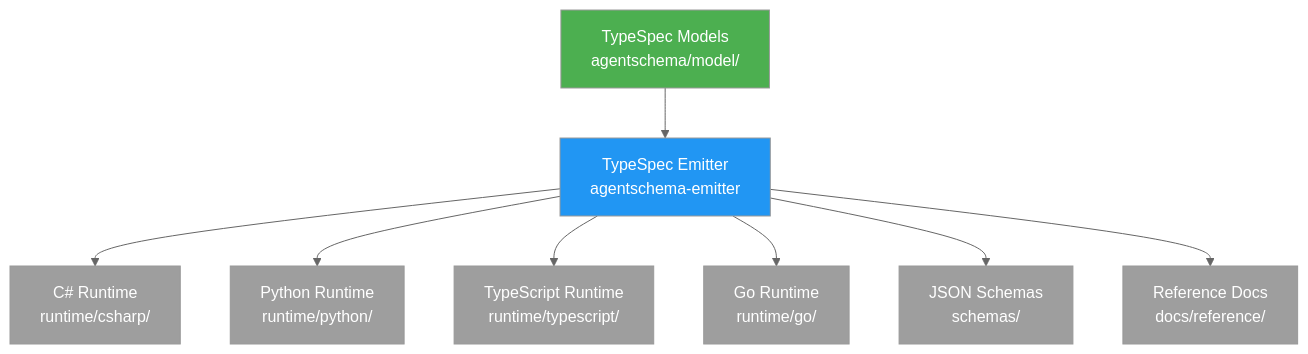
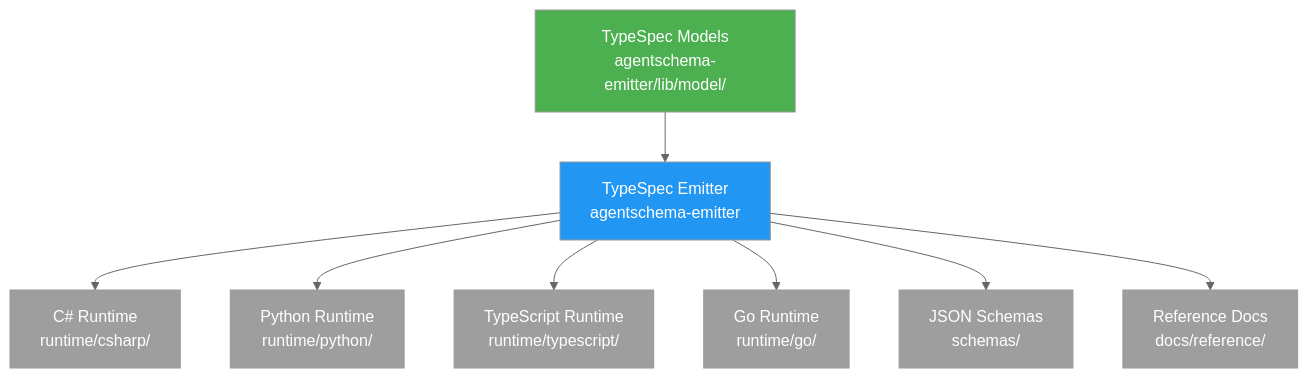
The diagram in docs/src/content/docs/contributing/index.mdx (microsoft/AgentSchema), drawn with Mermaid (neutral theme) before and after one commit. The commit also changed other lines of this file and 151 other files, not shown here.

````diff
--- a/docs/src/content/docs/contributing/index.mdx
+++ b/docs/src/content/docs/contributing/index.mdx
@@ -20,19 +20,19 @@
 ```mermaid
 flowchart TD
-    A[TypeSpec Models<br/>agentschema/model/] --> B[TypeSpec Emitter<br/>agentschema-emitter]
+    A[TypeSpec Models<br/>agentschema-emitter/lib/model/] --> B[TypeSpec Emitter<br/>agentschema-emitter]
     B --> C[C# Runtime<br/>runtime/csharp/]
     B --> D[Python Runtime<br/>runtime/python/]
     B --> E[TypeScript Runtime<br/>runtime/typescript/]
     B --> H[Go Runtime<br/>runtime/go/]
     B --> F[JSON Schemas<br/>schemas/]
     B --> G[Reference Docs<br/>docs/reference/]
     
     style A fill:#4CAF50,color:#fff
     style B fill:#2196F3,color:#fff
     style C fill:#9E9E9E,color:#fff
     style D fill:#9E9E9E,color:#fff
     style E fill:#9E9E9E,color:#fff
     style H fill:#9E9E9E,color:#fff
     style F fill:#9E9E9E,color:#fff
     style G fill:#9E9E9E,color:#fff
 ```
````
